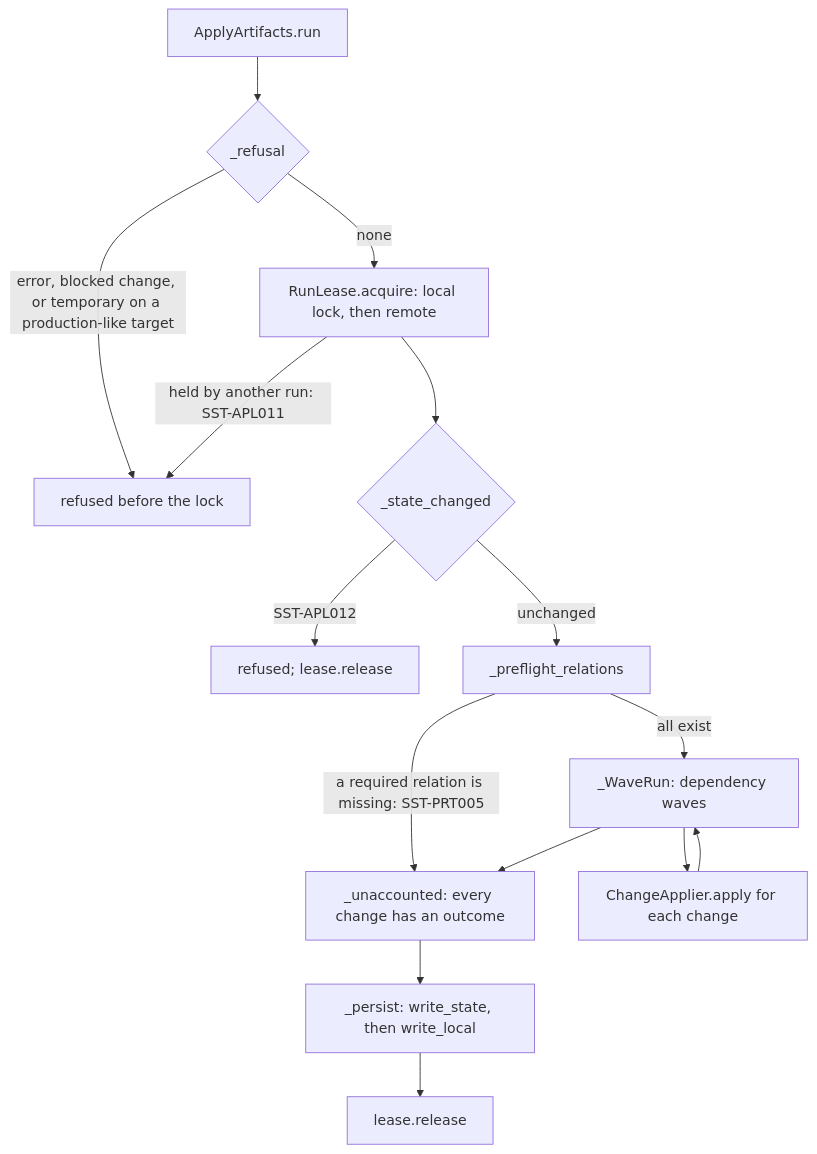
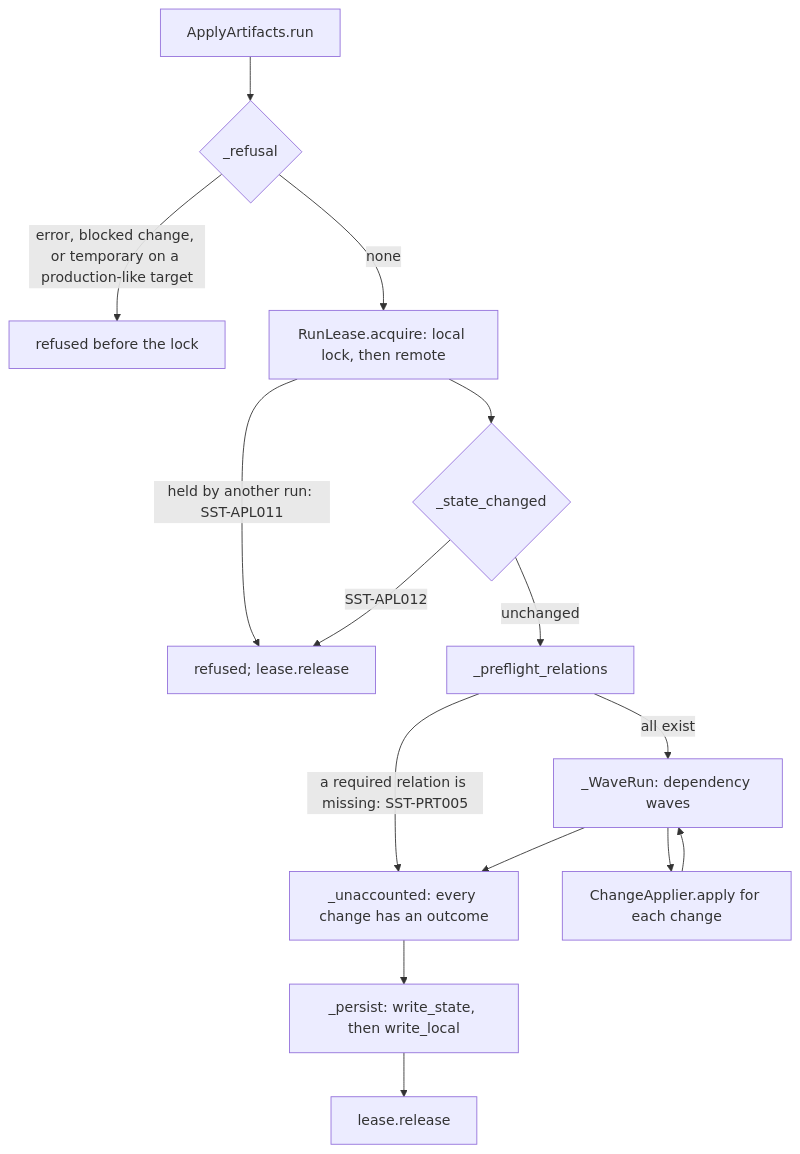
Before and after one commit to WhoopInc/snowflake-semantic-tools: the sixth of 8 diagrams in docs/design/architecture.md, drawn with Mermaid. The commit also changed other lines of this file and 11 other files, not shown here.

````diff
--- a/docs/design/architecture.md
+++ b/docs/design/architecture.md
@@ -392,17 +398,17 @@
 ```mermaid
 flowchart TD
     A["ApplyArtifacts.run"] --> B{"_refusal"}
     B -->|"error, blocked change, or temporary on a production-like target"| R["refused before the lock"]
     B -->|"none"| C["RunLease.acquire: local lock, then remote"]
-    C -->|"held by another run: SST-APL011"| R
+    C -->|"held by another run: SST-APL011"| X["refused; lease.release"]
     C --> D{"_state_changed"}
-    D -->|"SST-APL012"| X["refused; lease.release"]
+    D -->|"SST-APL012"| X
     D -->|"unchanged"| E["_preflight_relations"]
     E -->|"a required relation is missing: SST-PRT005"| H
     E -->|"all exist"| F["_WaveRun: dependency waves"]
     F --> G["ChangeApplier.apply for each change"]
     G --> F
     F --> H["_unaccounted: every change has an outcome"]
     H --> I["_persist: write_state, then write_local"]
     I --> J["lease.release"]
 ```
````
